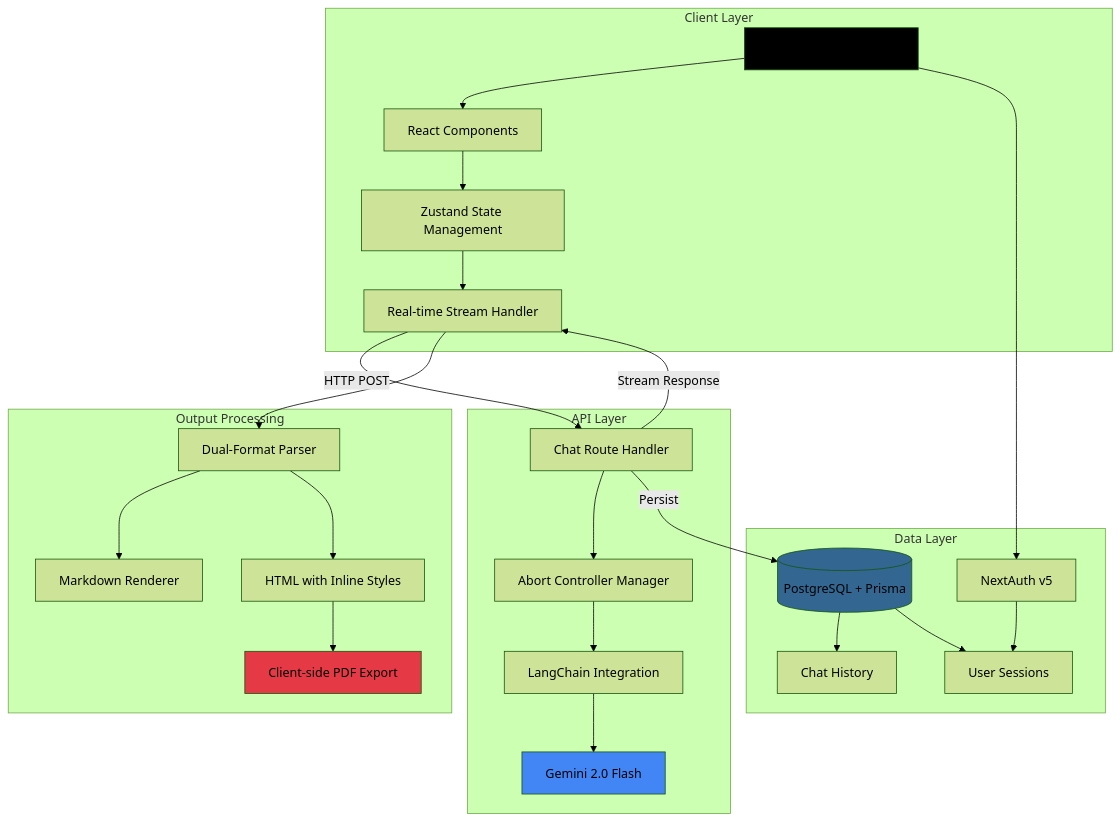
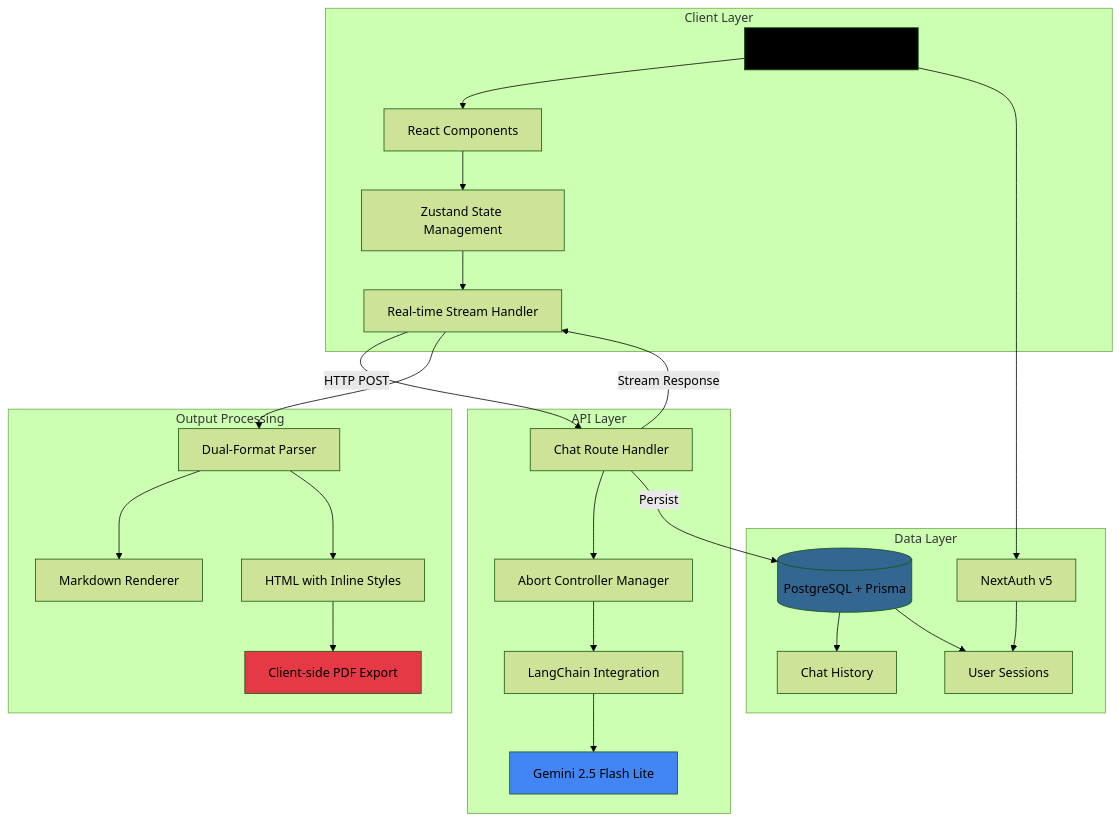
The diagram in README.md (lograshad/first-read-demo-test), drawn with Mermaid (forest theme) before and after one commit. The commit also changed other lines of this file and 3 other files, not shown here.

````diff
--- a/README.md
+++ b/README.md
@@ -28,49 +28,49 @@
 ```mermaid
 graph TB
     subgraph Client["Client Layer"]
         A[Next.js 15 App Router]
         B[React Components]
         C[Zustand State Management]
         D[Real-time Stream Handler]
     end
     
     subgraph API["API Layer"]
         E[Chat Route Handler]
         F[Abort Controller Manager]
         G[LangChain Integration]
-        H[Gemini 2.0 Flash]
+        H[Gemini 2.5 Flash Lite]
     end
     
     subgraph Data["Data Layer"]
         I[(PostgreSQL + Prisma)]
         J[Chat History]
         K[User Sessions]
         L[NextAuth v5]
     end
     
     subgraph Output["Output Processing"]
         M[Dual-Format Parser]
         N[Markdown Renderer]
         O[HTML with Inline Styles]
         P[Client-side PDF Export]
     end
     
     A --> B --> C --> D
     E --> F --> G --> H
     I --> J
     I --> K
     L --> K
     M --> N
     M --> O --> P
     
     D -->|HTTP POST| E
     E -->|Stream Response| D
     E -->|Persist| I
     D --> M
     A --> L
     
     style H fill:#4285f4
     style I fill:#336791
     style A fill:#000000
     style P fill:#e63946
 ```
````
